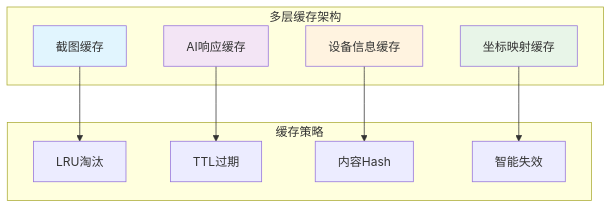
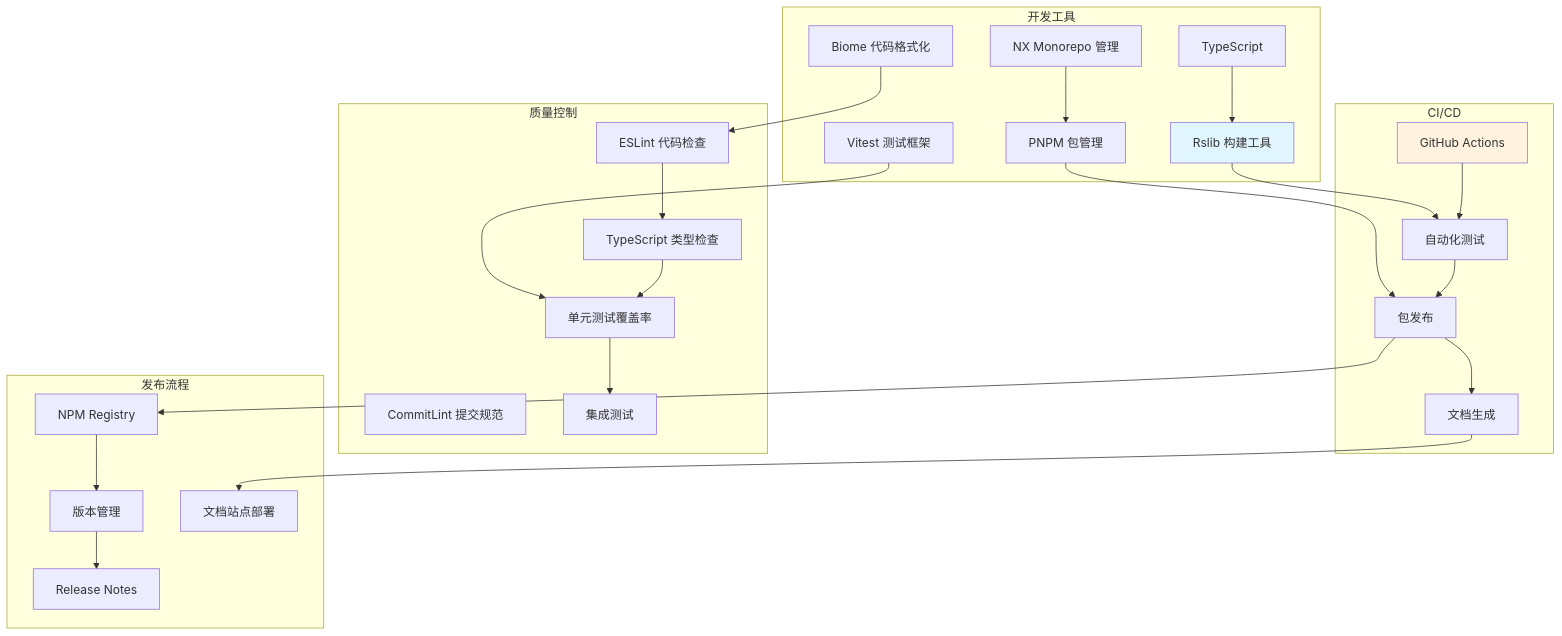
One commit to zhuozp/AI-UI- changed the eighth of 9 diagrams in README.md. Above: the diagram before and after it, drawn with Mermaid. The commit also changed other lines of this file, not shown here.

````diff
--- a/README.md
+++ b/README.md
@@ -489,26 +518,56 @@
 ```mermaid
 graph TB
-    subgraph "多层缓存架构"
-        A[截图缓存]
-        B[AI响应缓存]
-        C[设备信息缓存]
-        D[坐标映射缓存]
+    subgraph "开发工具"
+        T1[TypeScript]
+        T2[Rslib 构建工具]
+        T3[Biome 代码格式化]
+        T4[Vitest 测试框架]
+        T5[NX Monorepo 管理]
+        T6[PNPM 包管理]
     end
     
-    subgraph "缓存策略"
-        E[LRU淘汰]
-        F[TTL过期]
-        G[内容Hash]
-        H[智能失效]
+    subgraph "CI/CD"
+        C1[GitHub Actions]
+        C2[自动化测试]
+        C3[包发布]
+        C4[文档生成]
     end
     
-    A --> E
-    B --> F
-    C --> G
-    D --> H
+    subgraph "质量控制"
+        Q1[ESLint 代码检查]
+        Q2[CommitLint 提交规范]
+        Q3[TypeScript 类型检查]
+        Q4[单元测试覆盖率]
+        Q5[集成测试]
+    end
     
-    style A fill:#e1f5fe
-    style B fill:#f3e5f5
-    style C fill:#fff3e0
-    style D fill:#e8f5e8
+    subgraph "发布流程"
+        P1[NPM Registry]
+        P2[版本管理]
+        P3[Release Notes]
+        P4[文档站点部署]
+    end
+    
+    T1 --> T2
+    T2 --> C2
+    T3 --> Q1
+    T4 --> Q4
+    T5 --> T6
+    T6 --> C3
+    
+    C1 --> C2
+    C2 --> C3
+    C3 --> C4
+    
+    Q1 --> Q3
+    Q3 --> Q4
+    Q4 --> Q5
+    
+    C3 --> P1
+    P1 --> P2
+    P2 --> P3
+    C4 --> P4
+    
+    style T2 fill:#e1f5fe
+    style C1 fill:#fff3e0
 ```
````
